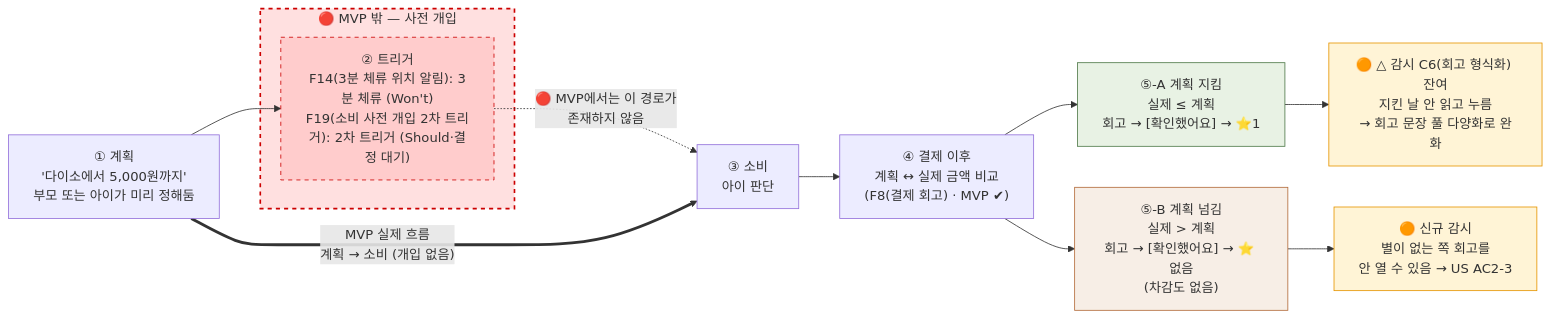
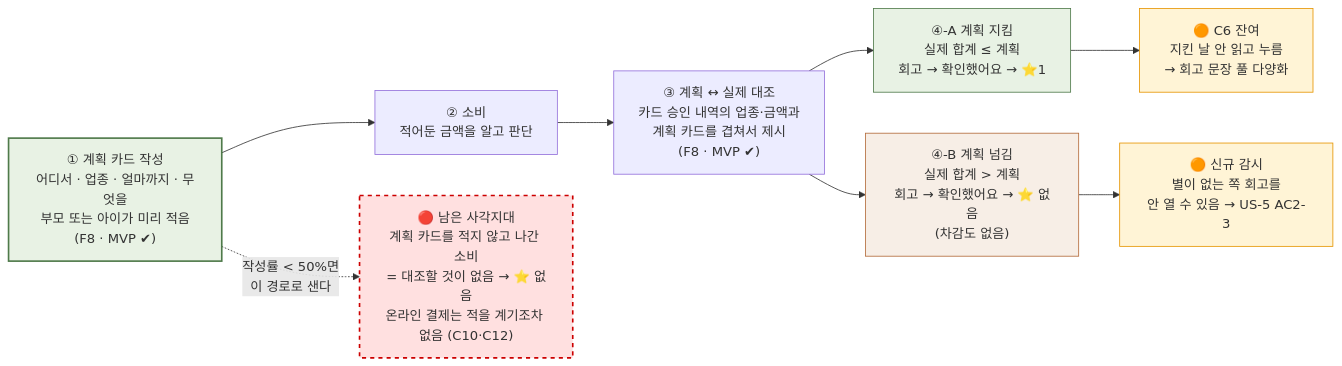
Before and after one commit to scene-one/team1_fin-friends: the fifth of 5 diagrams in 공용공간/9. PRD/PRD_핀프렌즈_v0_2.md, drawn with Mermaid. The commit also changed other lines of this file and 13 other files, not shown here.

````diff
--- a/공용공간/9. PRD/PRD_핀프렌즈_v0_2.md
+++ b/공용공간/9. PRD/PRD_핀프렌즈_v0_2.md
@@ -913,24 +926,24 @@
 ```mermaid
 flowchart LR
-    S1["① 계획<br/>'다이소에서 5,000원까지'<br/>부모 또는 아이가 미리 정해둠"] --> S2
+    S1["① 계획 카드 작성<br/>어디서 · 업종 · 얼마까지 · 무엇을<br/>부모 또는 아이가 미리 적음<br/>(F8 · MVP ✔)"] --> S2
 
-    subgraph GAP["🔴 MVP 밖 — 사전 개입"]
-        S2["② 트리거<br/>F14(3분 체류 위치 알림): 3분 체류 (Won't)<br/>F19(소비 사전 개입 2차 트리거): 2차 트리거 (Should·결정 대기)"]
-    end
+    S2["② 소비<br/>적어둔 금액을 알고 판단"] --> S3
 
-    S2 -.->|"🔴 MVP에서는 이 경로가<br/>존재하지 않음"| S3
-    S1 ==>|"MVP 실제 흐름<br/>계획 → 소비 (개입 없음)"| S3
+    S3["③ 계획 ↔ 실제 대조<br/>카드 승인 내역의 업종·금액과<br/>계획 카드를 겹쳐서 제시<br/>(F8 · MVP ✔)"]
 
-    S3["③ 소비<br/>아이 판단"] --> S4["④ 결제 이후<br/>계획 ↔ 실제 금액 비교<br/>(F8(결제 회고) · MVP ✔)"]
-    S4 --> S5A["⑤-A 계획 지킴<br/>실제 ≤ 계획<br/>회고 → [확인했어요] → ⭐1"]
-    S4 --> S5B["⑤-B 계획 넘김<br/>실제 > 계획<br/>회고 → [확인했어요] → ⭐ 없음<br/>(차감도 없음)"]
-    S5A --> RISK["🟠 △ 감시 C6(회고 형식화) 잔여<br/>지킨 날 안 읽고 누름<br/>→ 회고 문장 풀 다양화로 완화"]
-    S5B --> RISK2["🟠 신규 감시<br/>별이 없는 쪽 회고를<br/>안 열 수 있음 → US AC2-3"]
+    S3 --> S4A["④-A 계획 지킴<br/>실제 합계 ≤ 계획<br/>회고 → 확인했어요 → ⭐1"]
+    S3 --> S4B["④-B 계획 넘김<br/>실제 합계 > 계획<br/>회고 → 확인했어요 → ⭐ 없음<br/>(차감도 없음)"]
+
+    S4A --> RISK["🟠 C6 잔여<br/>지킨 날 안 읽고 누름<br/>→ 회고 문장 풀 다양화"]
+    S4B --> RISK2["🟠 신규 감시<br/>별이 없는 쪽 회고를<br/>안 열 수 있음 → US-5 AC2-3"]
+
+    GAP["🔴 남은 사각지대<br/>계획 카드를 적지 않고 나간 소비<br/>= 대조할 것이 없음 → ⭐ 없음<br/>온라인 결제는 적을 계기조차 없음 (C10·C12)"]
+    S1 -.->|"작성률 < 50%면<br/>이 경로로 샌다"| GAP
 
     style GAP fill:#ffe0e0,stroke:#c00,stroke-width:2px,stroke-dasharray: 5 5
-    style S2 fill:#ffcccc,stroke:#c00,stroke-dasharray: 5 5
+    style S1 fill:#e8f2e4,stroke:#4F7A4A,stroke-width:2px
     style RISK fill:#fff4d6,stroke:#e69500
     style RISK2 fill:#fff4d6,stroke:#e69500
-    style S5A fill:#e8f2e4,stroke:#4F7A4A
-    style S5B fill:#f7eee6,stroke:#B36B3A
+    style S4A fill:#e8f2e4,stroke:#4F7A4A
+    style S4B fill:#f7eee6,stroke:#B36B3A
 ```
````
